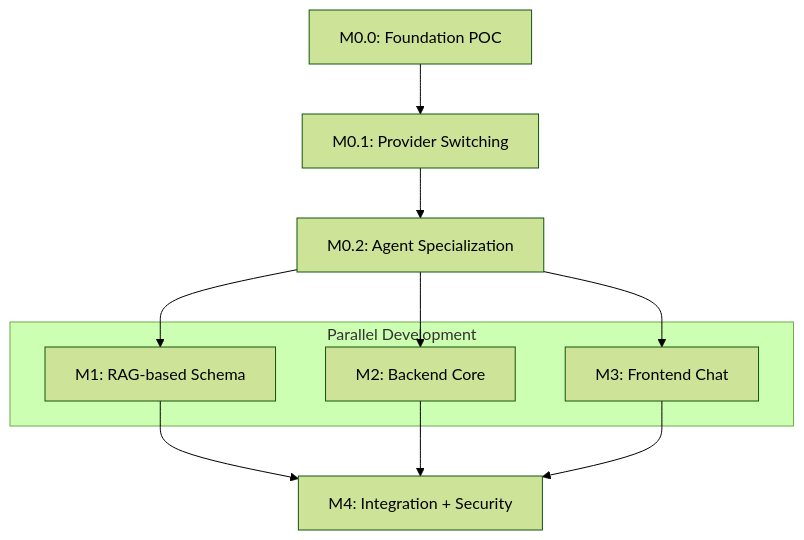
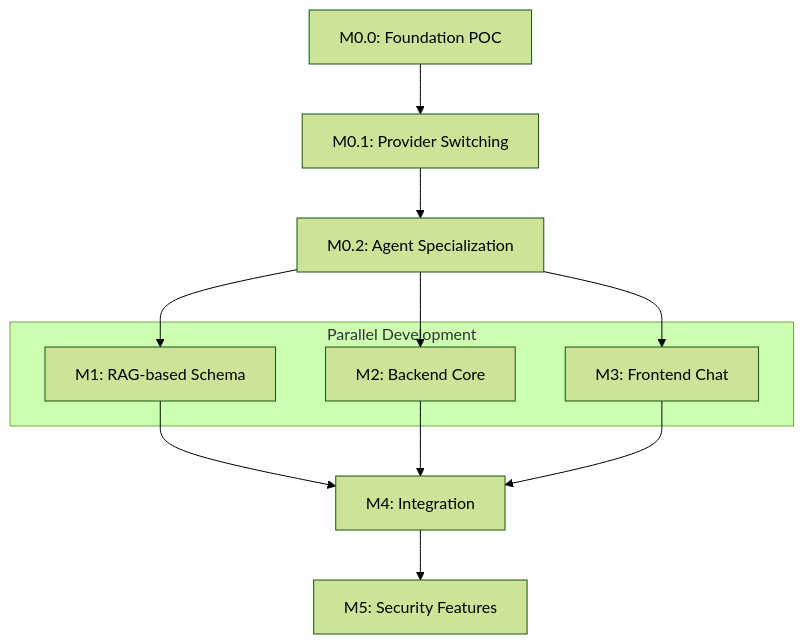
The diagram in specs/OGC-070-catalyst-assistant/tasks.md (DIGI-UW/OpenELIS-Global-2), drawn with Mermaid (forest theme) before and after one commit. The commit also changed other lines of this file and 7 other files, not shown here.

````diff
--- a/specs/OGC-070-catalyst-assistant/tasks.md
+++ b/specs/OGC-070-catalyst-assistant/tasks.md
@@ -744,17 +803,18 @@
 ```mermaid
 graph TD
     M00["M0.0: Foundation POC"] --> M01["M0.1: Provider Switching"]
     M01 --> M02["M0.2: Agent Specialization"]
     M02 --> M1["M1: RAG-based Schema"]
     M02 --> M2["M2: Backend Core"]
     M02 --> M3["M3: Frontend Chat"]
-    M1 --> M4["M4: Integration + Security"]
+    M1 --> M4["M4: Integration"]
+    M4 --> M5["M5: Security Features"]
     M2 --> M4
     M3 --> M4
 
     subgraph parallel ["Parallel Development"]
         M1
         M2
         M3
     end
 ```
````
